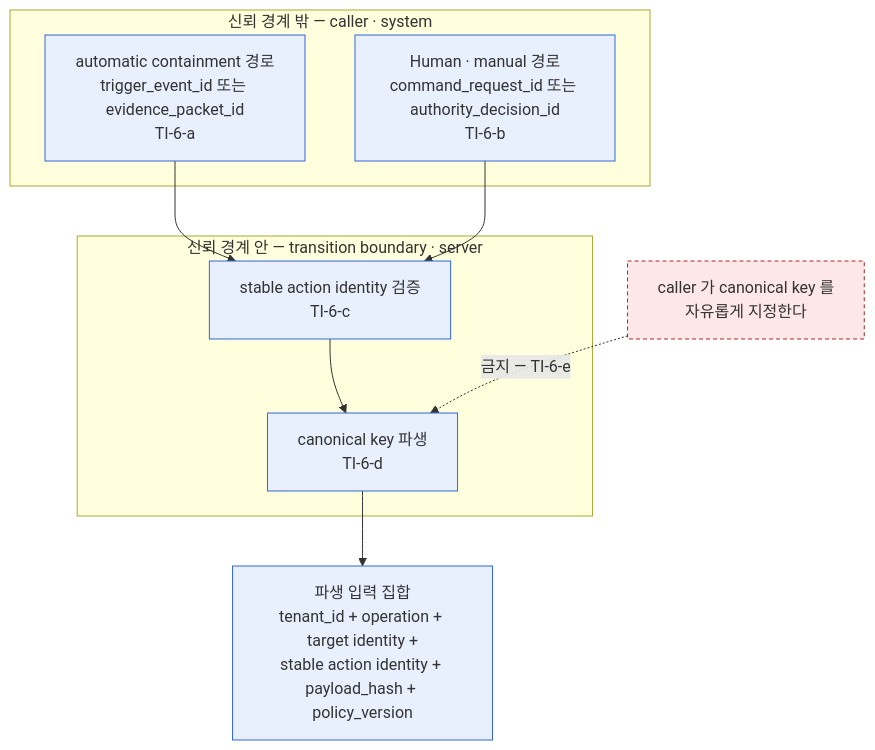
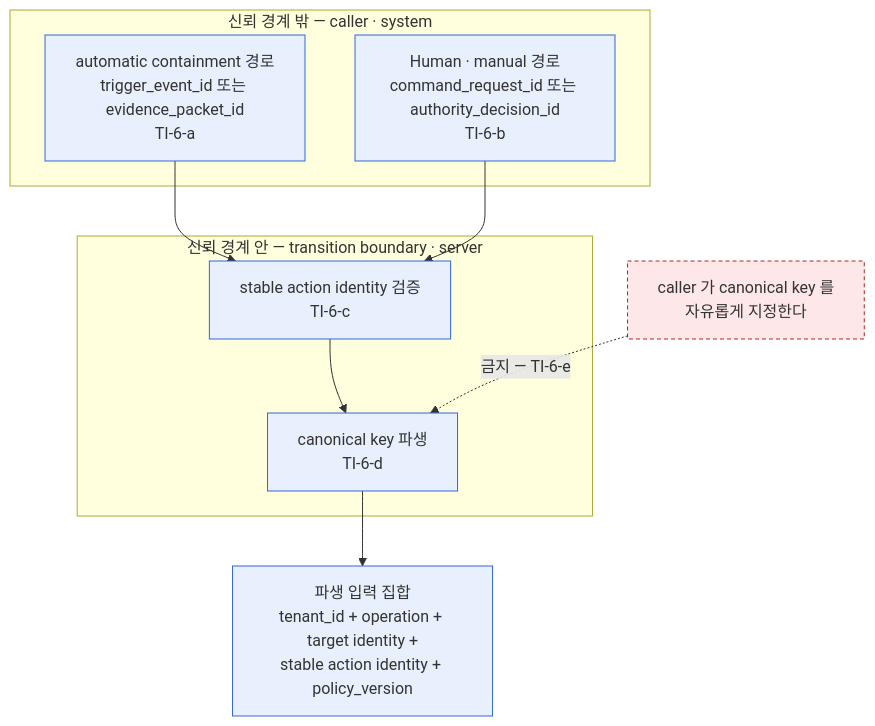
The sixth of 8 diagrams in docs/600000_implementation_lifecycle/601900_tenant_isolation_axis_v2/601905_Diagram_Tenant_Isolation_Axis_Model.md (mirunubi/yoonsul_wait_order_handoff), drawn with Mermaid before and after one commit. The commit also changed other lines of this file, not shown here.

````diff
--- a/docs/600000_implementation_lifecycle/601900_tenant_isolation_axis_v2/601905_Diagram_Tenant_Isolation_Axis_Model.md
+++ b/docs/600000_implementation_lifecycle/601900_tenant_isolation_axis_v2/601905_Diagram_Tenant_Isolation_Axis_Model.md
@@ -318,23 +355,23 @@
 ```mermaid
 flowchart TB
   subgraph OUT["신뢰 경계 밖 — caller · system"]
     A1["automatic containment 경로<br/>trigger_event_id 또는 evidence_packet_id<br/>TI-6-a"]
     A2["Human · manual 경로<br/>command_request_id 또는 authority_decision_id<br/>TI-6-b"]
   end
 
   A1 --> V
   A2 --> V
 
   subgraph IN["신뢰 경계 안 — transition boundary · server"]
     V["stable action identity 검증<br/>TI-6-c"] --> D["canonical key 파생<br/>TI-6-d"]
   end
 
-  D --> K["파생 입력 집합<br/>tenant_id + operation + target identity +<br/>stable action identity + payload_hash + policy_version"]
+  D --> K["파생 입력 집합<br/>tenant_id + operation + target identity +<br/>stable action identity + policy_version"]
 
   X["caller 가 canonical key 를<br/>자유롭게 지정한다"]:::forbidden
   X -.->|"금지 — TI-6-e"| D
 
   classDef decided fill:#e8f0fe,stroke:#3367d6,stroke-width:1px
   classDef forbidden fill:#fde7e9,stroke:#b3261e,stroke-width:1px,stroke-dasharray:4 3
   class A1,A2,V,D,K decided
 ```
````
